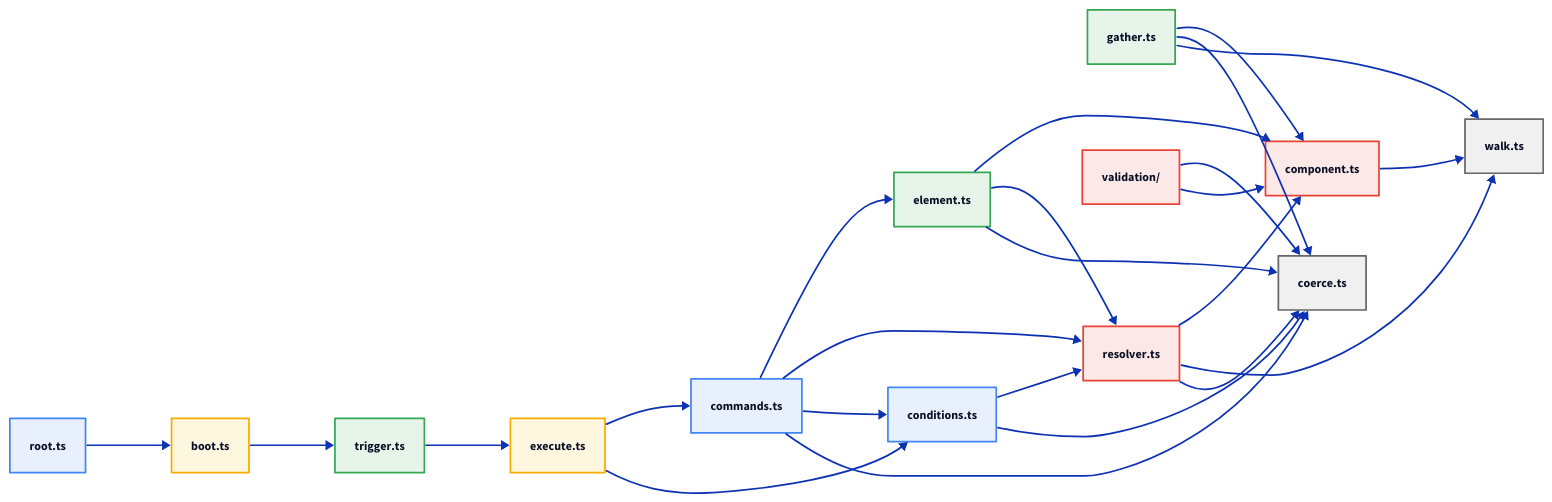
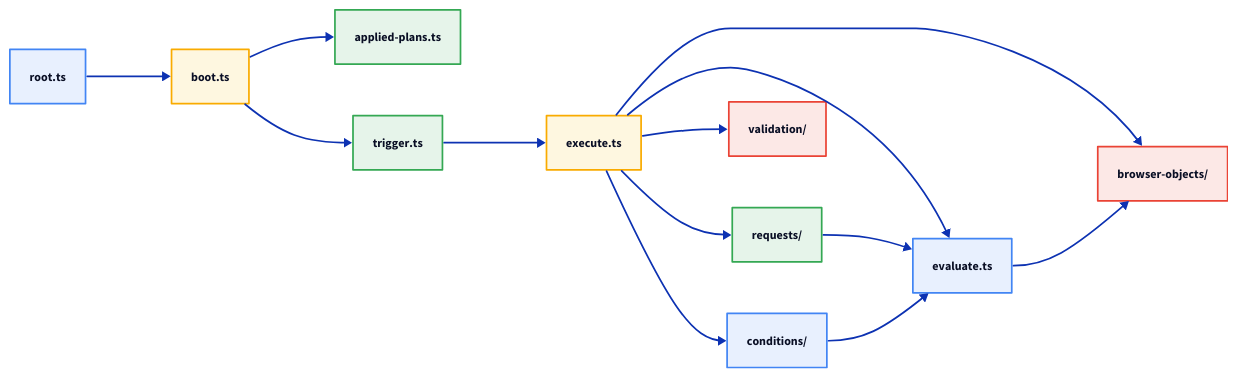
One commit to marafiq/alis-reactive changed the diagram in docs-site/src/content/docs/architecture/runtime.mdx. Above: the diagram before and after it, drawn with D2. The commit also changed other lines of this file and 1 other file, not shown here.

Commit message:
docs: align runtime architecture vocabulary

````diff
--- a/docs-site/src/content/docs/architecture/runtime.mdx
+++ b/docs-site/src/content/docs/architecture/runtime.mdx
@@ -311,41 +158,27 @@
 ```d2
 direction: right
 
 root: "root.ts" { shape: rectangle; style.fill: "#e8f0fe"; style.stroke: "#4285f4"; style.font-size: 14 }
 boot: "boot.ts" { shape: rectangle; style.fill: "#fef7e0"; style.stroke: "#f9ab00"; style.font-size: 14 }
+plans: "applied-plans.ts" { shape: rectangle; style.fill: "#e6f4ea"; style.stroke: "#34a853"; style.font-size: 14 }
 trigger: "trigger.ts" { shape: rectangle; style.fill: "#e6f4ea"; style.stroke: "#34a853"; style.font-size: 14 }
 execute: "execute.ts" { shape: rectangle; style.fill: "#fef7e0"; style.stroke: "#f9ab00"; style.font-size: 14 }
-commands: "commands.ts" { shape: rectangle; style.fill: "#e8f0fe"; style.stroke: "#4285f4"; style.font-size: 14 }
-element: "element.ts" { shape: rectangle; style.fill: "#e6f4ea"; style.stroke: "#34a853"; style.font-size: 14 }
-gather: "gather.ts" { shape: rectangle; style.fill: "#e6f4ea"; style.stroke: "#34a853"; style.font-size: 14 }
-component: "component.ts" { shape: rectangle; style.fill: "#fce8e6"; style.stroke: "#ea4335"; style.font-size: 14 }
-resolver: "resolver.ts" { shape: rectangle; style.fill: "#fce8e6"; style.stroke: "#ea4335"; style.font-size: 14 }
-coerce: "coerce.ts" { shape: rectangle; style.fill: "#f0f0f0"; style.stroke: "#666"; style.font-size: 14 }
-walk: "walk.ts" { shape: rectangle; style.fill: "#f0f0f0"; style.stroke: "#666"; style.font-size: 14 }
-conditions: "conditions.ts" { shape: rectangle; style.fill: "#e8f0fe"; style.stroke: "#4285f4"; style.font-size: 14 }
+values: "evaluate.ts" { shape: rectangle; style.fill: "#e8f0fe"; style.stroke: "#4285f4"; style.font-size: 14 }
+objects: "browser-objects/" { shape: rectangle; style.fill: "#fce8e6"; style.stroke: "#ea4335"; style.font-size: 14 }
+requests: "requests/" { shape: rectangle; style.fill: "#e6f4ea"; style.stroke: "#34a853"; style.font-size: 14 }
+conditions: "conditions/" { shape: rectangle; style.fill: "#e8f0fe"; style.stroke: "#4285f4"; style.font-size: 14 }
 validation: "validation/" { shape: rectangle; style.fill: "#fce8e6"; style.stroke: "#ea4335"; style.font-size: 14 }
 
 root -> boot
+boot -> plans
 boot -> trigger
 trigger -> execute
-execute -> commands
+execute -> values
+execute -> objects
+execute -> requests
+execute -> validation
 execute -> conditions
-commands -> element
-commands -> resolver
-commands -> conditions
-commands -> coerce
-element -> component
-element -> resolver
-element -> coerce
-gather -> component
-gather -> coerce
-gather -> walk
-resolver -> component
-resolver -> walk
-resolver -> coerce
-component -> walk
-conditions -> resolver
-conditions -> coerce
-validation -> coerce
-validation -> component
+requests -> values
+conditions -> values
+values -> objects
 ```
````
